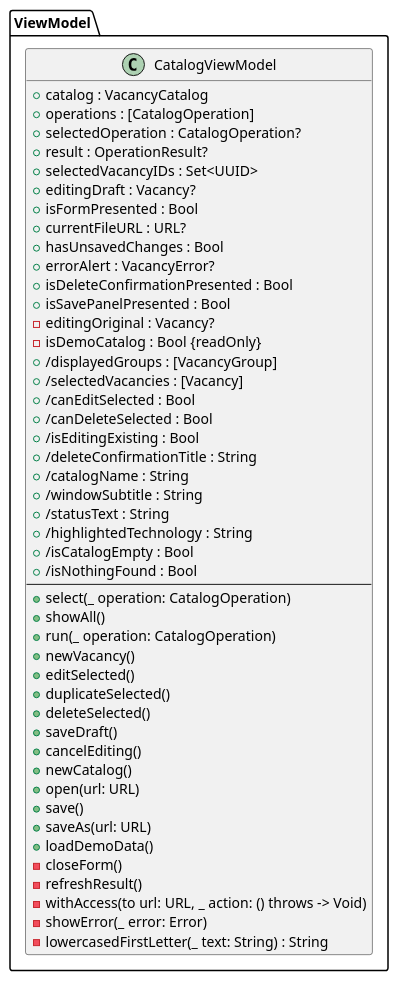
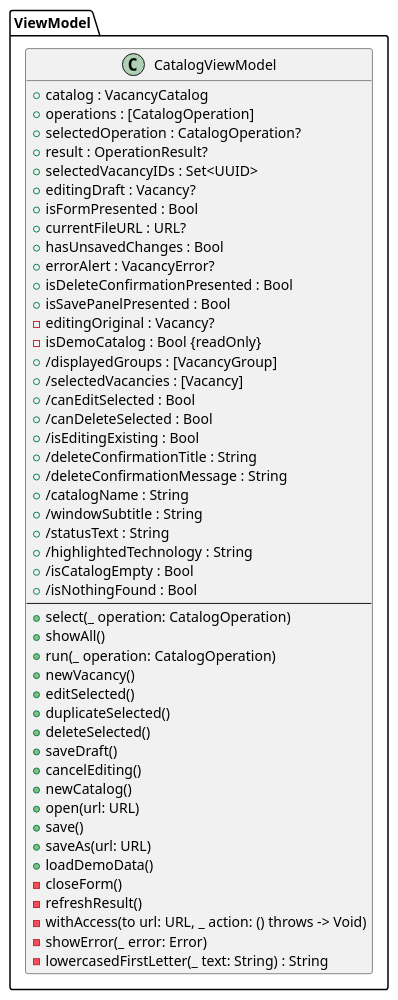
The diagram in docs/uml/2-classes/types/viewmodel.iuml (goosedum/kursova-1), drawn with PlantUML before and after one commit. The commit also changed 13 other files, not shown here.

```diff
--- a/docs/uml/2-classes/types/viewmodel.iuml
+++ b/docs/uml/2-classes/types/viewmodel.iuml
@@ -1,51 +1,52 @@
 ' Шар ViewModel — стан вікна. Підключається з діаграм у docs/uml/2-classes (крок 3.2). Джерело — .claude/plan/02-architecture.md §3.
 package "ViewModel" {
   class CatalogViewModel {
     + catalog : VacancyCatalog
     + operations : [CatalogOperation]
     + selectedOperation : CatalogOperation?
     + result : OperationResult?
     + selectedVacancyIDs : Set<UUID>
     + editingDraft : Vacancy?
     + isFormPresented : Bool
     + currentFileURL : URL?
     + hasUnsavedChanges : Bool
     + errorAlert : VacancyError?
     + isDeleteConfirmationPresented : Bool
     + isSavePanelPresented : Bool
     - editingOriginal : Vacancy?
     - isDemoCatalog : Bool {readOnly}
     + /displayedGroups : [VacancyGroup]
     + /selectedVacancies : [Vacancy]
     + /canEditSelected : Bool
     + /canDeleteSelected : Bool
     + /isEditingExisting : Bool
     + /deleteConfirmationTitle : String
+    + /deleteConfirmationMessage : String
     + /catalogName : String
     + /windowSubtitle : String
     + /statusText : String
     + /highlightedTechnology : String
     + /isCatalogEmpty : Bool
     + /isNothingFound : Bool
     --
     + select(_ operation: CatalogOperation)
     + showAll()
     + run(_ operation: CatalogOperation)
     + newVacancy()
     + editSelected()
     + duplicateSelected()
     + deleteSelected()
     + saveDraft()
     + cancelEditing()
     + newCatalog()
     + open(url: URL)
     + save()
     + saveAs(url: URL)
     + loadDemoData()
     - closeForm()
     - refreshResult()
     - withAccess(to url: URL, _ action: () throws -> Void)
     - showError(_ error: Error)
     - lowercasedFirstLetter(_ text: String) : String
   }
 }
```
